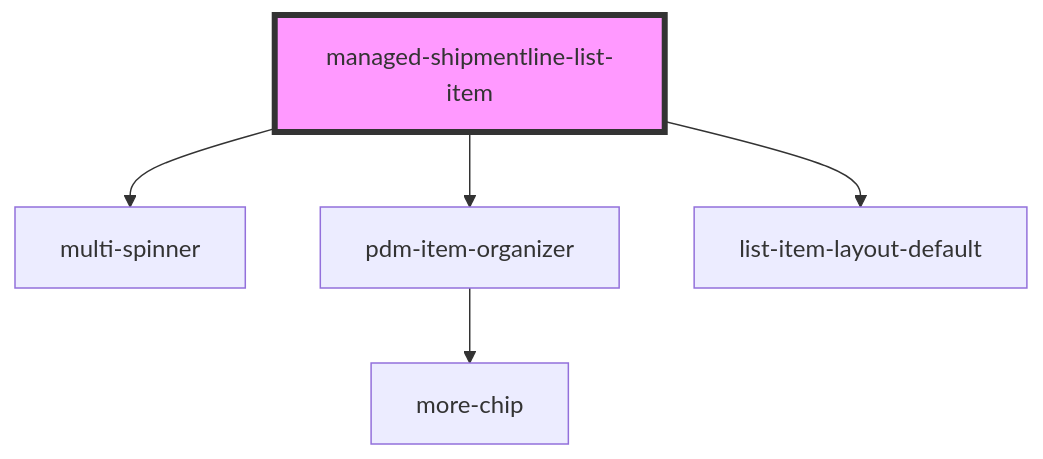
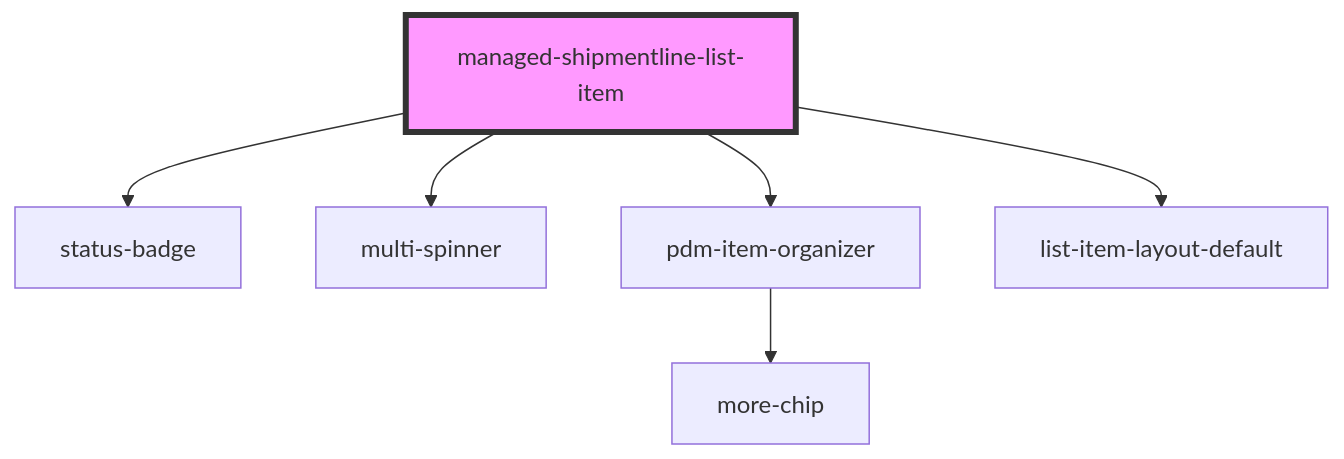
Before and after one commit to PharmaLedger-IMI/fgt-workspace: the diagram in pdm-web-components/src/components/managed-shipmentline-list-item/readme.md, drawn with Mermaid. The commit also changed other lines of this file and 4 other files, not shown here.

Commit message:
refs#51 shipment line list item fixed

````diff
--- a/pdm-web-components/src/components/managed-shipmentline-list-item/readme.md
+++ b/pdm-web-components/src/components/managed-shipmentline-list-item/readme.md
@@ -54,8 +55,9 @@
 ```mermaid
 graph TD;
+  managed-shipmentline-list-item --> status-badge
   managed-shipmentline-list-item --> multi-spinner
   managed-shipmentline-list-item --> pdm-item-organizer
   managed-shipmentline-list-item --> list-item-layout-default
   pdm-item-organizer --> more-chip
   style managed-shipmentline-list-item fill:#f9f,stroke:#333,stroke-width:4px
 ```
````
